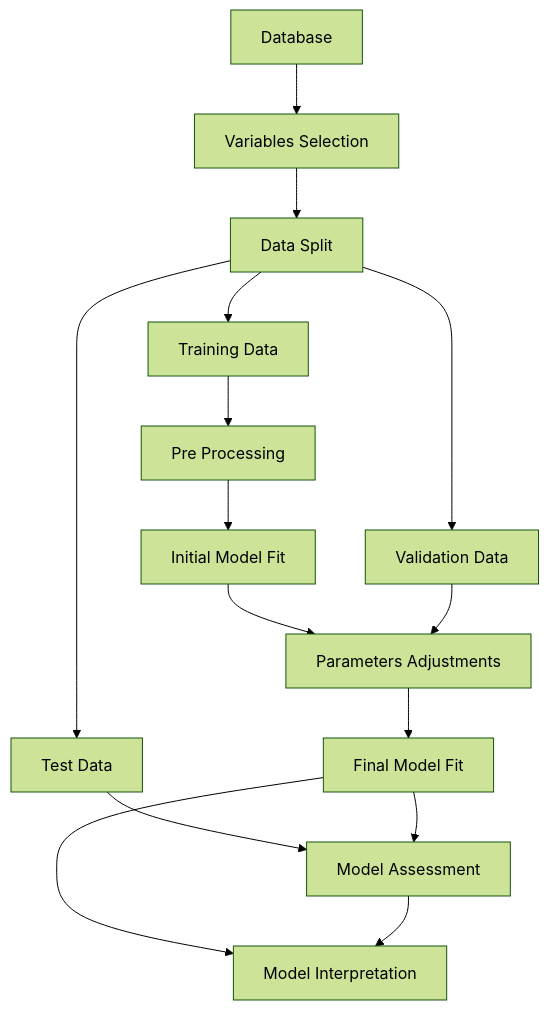
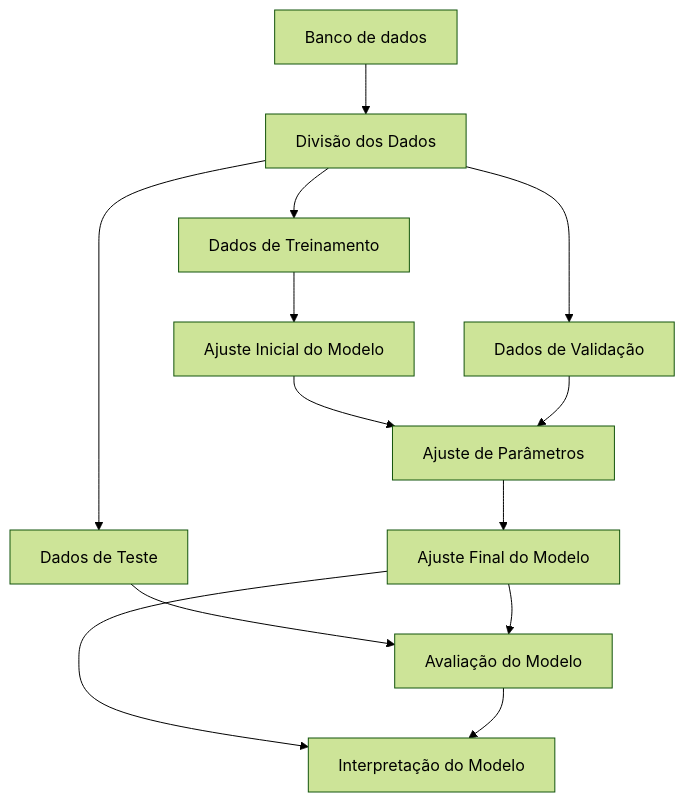
Before and after one commit to hugotseixas/tica-book: the fourth of 4 diagrams in 02_methods.qmd, drawn with Mermaid (forest theme). The commit also changed other lines of this file and 76 other files, not shown here.

````diff
--- a/02_methods.qmd
+++ b/02_methods.qmd
@@ -287,23 +266,21 @@
 ```{mermaid}
 %%| label: fig-model-diagram
 %%| fig-cap: Diagram of the modelling process.
 %%| fig-responsive: true
 %%| fig-align: center
 
 flowchart TD
-    A[Database] --> B[Variables Selection]
-    B[Variables Selection] --> C[Data Split]
-    C[Data Split] --> D[Training Data]
-    D[Training Data] --> E[Pre Processing]
-    E[Pre Processing] --> F[Initial Model Fit]
-    C[Data Split] --> G[Validation Data]
-    C[Data Split] --> H[Test Data]
-    F[Initial Model Fit] --> I[Parameters Adjustments]
-    G[Validation Data] --> I[Parameters Adjustments]
-    I[Parameters Adjustments] --> J[Final Model Fit]
-    H[Test Data] --> K[Model Assessment]
-    J[Final Model Fit] --> K[Model Assessment]
-    J[Final Model Fit] --> L[Model Interpretation]
-    K[Model Assessment] --> L[Model Interpretation]
+    A[Banco de dados] --> C[Divisão dos Dados]
+    C --> D[Dados de Treinamento]
+    D --> F[Ajuste Inicial do Modelo]
+    C --> G[Dados de Validação]
+    C --> H[Dados de Teste]
+    F --> I[Ajuste de Parâmetros]
+    G --> I
+    I --> J[Ajuste Final do Modelo]
+    H --> K[Avaliação do Modelo]
+    J --> K
+    J --> L[Interpretação do Modelo]
+    K --> L
 
 ```
````
